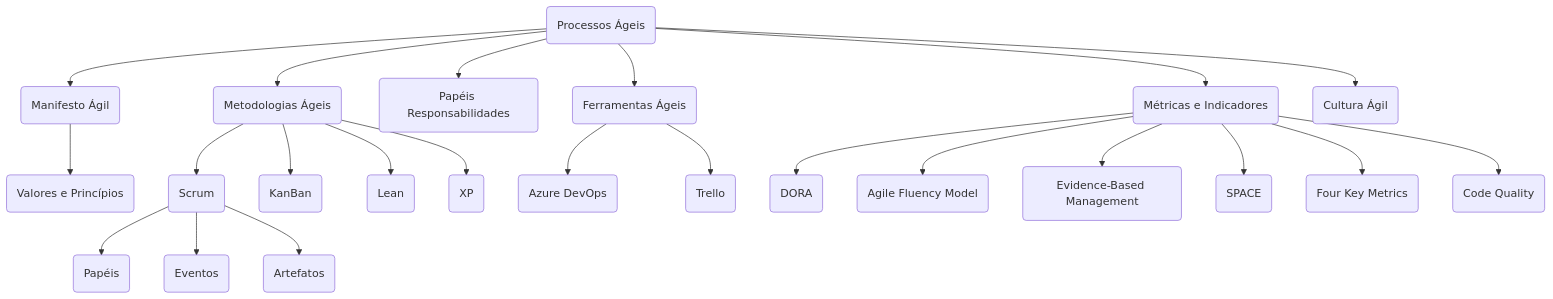
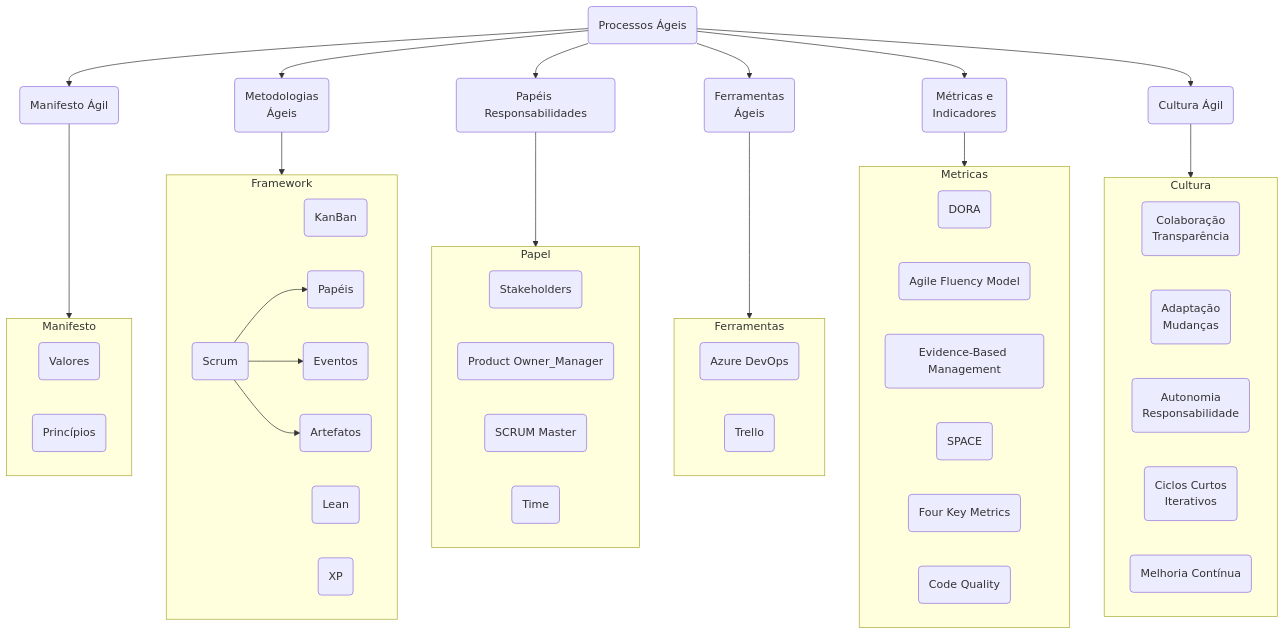
One commit to 60pportunities/documentacao changed the tenth of 17 diagrams in docs/recipe_60pportunities_felicidade_003.md. Above: the diagram before and after it, drawn with Mermaid. The commit also changed other lines of this file and 2 other files, not shown here.

````diff
--- a/docs/recipe_60pportunities_felicidade_003.md
+++ b/docs/recipe_60pportunities_felicidade_003.md
@@ -77,9 +132,51 @@
 ```mermaid
 flowchart TD
-id10(Processos Ágeis) --> id1001(Manifesto Ágil) & id1002(Metodologias Ágeis) & id1003(Papéis Responsabilidades) & id1004(Ferramentas Ágeis) & id1005(Métricas e Indicadores) & id1006(Cultura Ágil)
-   id1001       --> id100101(Valores e Princípios)
-   id1002       --> id100201(Scrum) & id100202(KanBan) & id100203(Lean) & id100204(XP)
-   id100201     --> id10020101(Papéis) & id10020102(Eventos) & id10020103(Artefatos)
-   id1004       --> id100401(Azure DevOps) & id100402(Trello)
-   id1005       --> id100501(DORA) & id100502(Agile Fluency Model) & id100503(Evidence-Based Management) & id100504(SPACE) & id100505(Four Key Metrics) & id100506(Code Quality)
+id10(Processos Ágeis) --> id1001(Manifesto Ágil) & id1002(Metodologias</br>Ágeis) & id1003(Papéis Responsabilidades) & id1004(Ferramentas</br>Ágeis) & id1005(Métricas e</br> Indicadores) & id1006(Cultura Ágil)
+subgraph Manifesto
+  direction LR
+  id100101(Valores)
+  id100102(Princípios)
+end
+subgraph Framework
+   direction LR
+   id100202(KanBan)
+   id100203(Lean)
+   id100204(XP)
+   id100201(Scrum) --> id10020101(Papéis) & id10020102(Eventos) & id10020103(Artefatos)
+end
+subgraph Ferramentas
+  direction LR
+  id100401(Azure DevOps)
+  id100402(Trello)
+end
+subgraph Papel
+direction LR
+id100301(Stakeholders)
+id100302(Product Owner_Manager)
+id100303(SCRUM Master)
+id100304(Time)
+end
+subgraph Metricas
+direction LR
+id100501(DORA)
+id100502(Agile Fluency Model)
+id100503(Evidence-Based Management)
+id100504(SPACE)
+id100505(Four Key Metrics)
+id100506(Code Quality)
+end
+subgraph Cultura
+  direction LR
+  id100601(Colaboração</br>Transparência)
+  id100602(Adaptação</br>Mudanças)
+  id100603(Autonomia</br>Responsabilidade)
+  id100604(Ciclos Curtos</br>Iterativos)
+  id100605(Melhoria Contínua)
+end
+id1001 --> Manifesto
+id1002 --> Framework
+id1003 --> Papel
+id1004 --> Ferramentas
+id1005 --> Metricas
+id1006 --> Cultura
 ```
````
